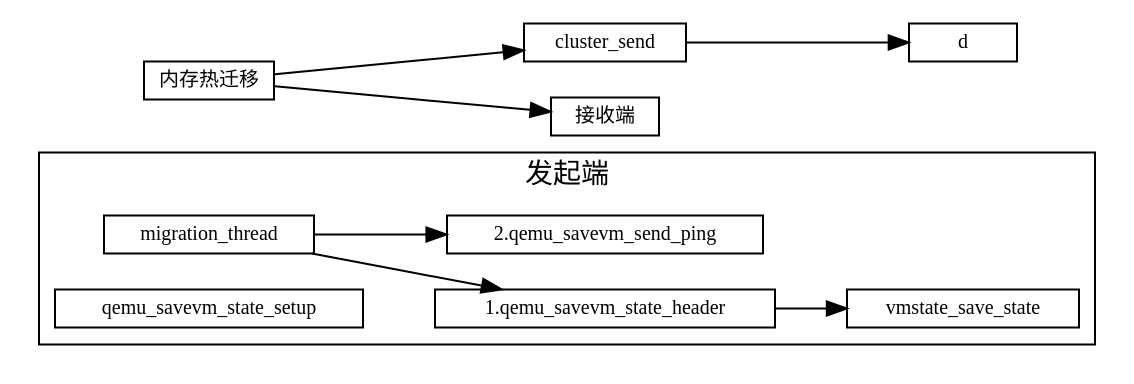
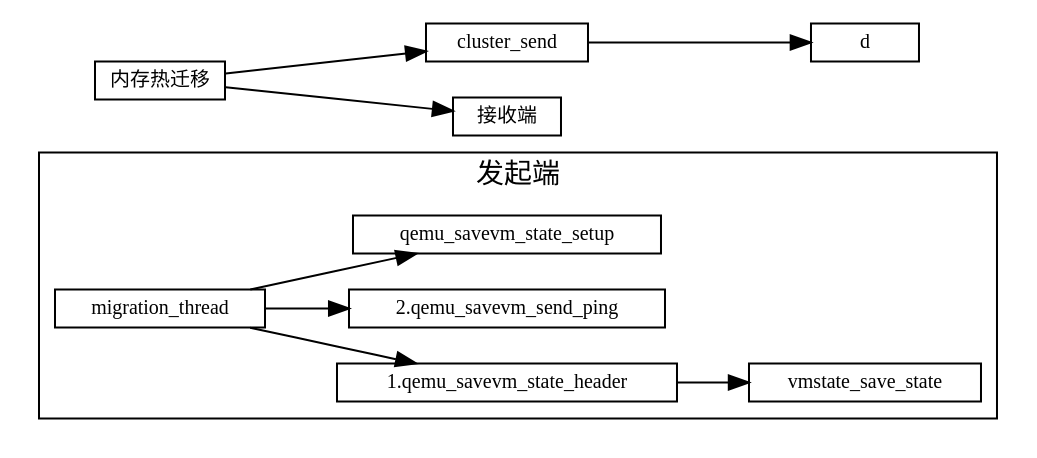
Before and after one commit to sisyphus1212/note: the diagram in 虚拟化/热迁移/1-内存热迁移.md, drawn with Graphviz.

Commit message:
auto_update

````diff
--- a/虚拟化/热迁移/1-内存热迁移.md
+++ b/虚拟化/热迁移/1-内存热迁移.md
@@ -11,24 +11,23 @@
 ```graphviz
 digraph 热迁移 {
 fontname="Helvetica,Arial,sans-serif"
 //node [fontname="Helvetica,Arial,sans-serif"]
 edge [fontname="Helvetica,Arial,sans-serif"]
 rankdir="LR"
 node [fontsize=10, shape=box, height=0.25]
 edge [fontsize=10]
 
   subgraph cluster_send {
     label="发起端";
     migration_thread -> "1.qemu_savevm_state_header" -> vmstate_save_state;
     migration_thread -> "2.qemu_savevm_send_ping";
-
-    qemu_savevm_state_setup
+    migration_thread -> qemu_savevm_state_setup;
   }
 
 内存热迁移 [label="内存热迁移"]
 内存热迁移 -> cluster_send
            -> d
 
 内存热迁移 -> 接收端
 }
 ```
````
